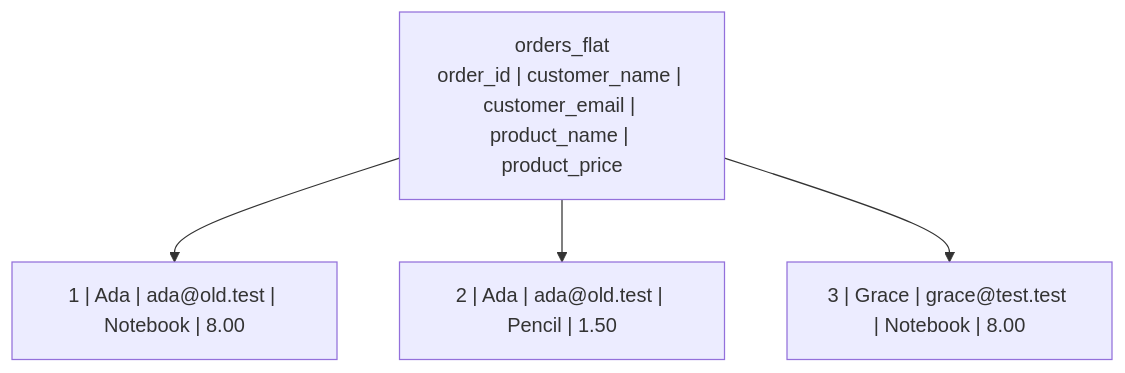
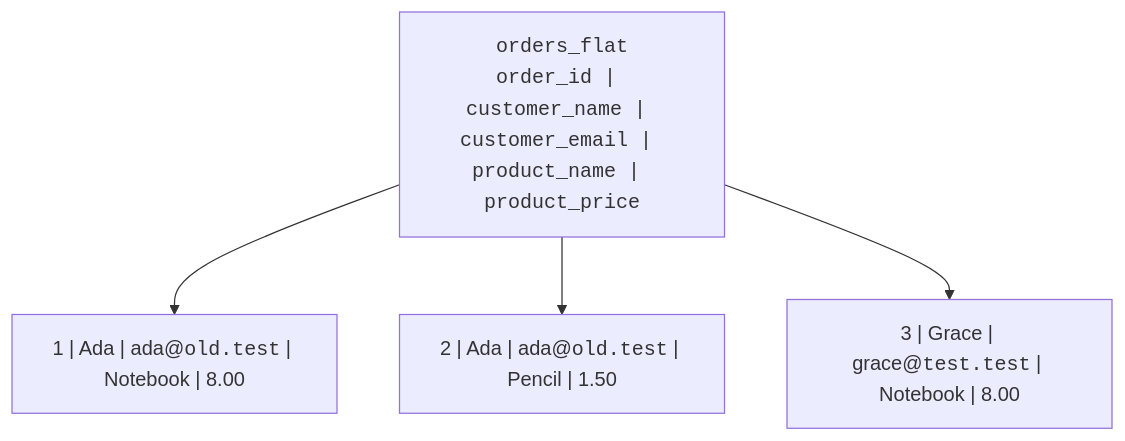
The first of 5 diagrams in content/learn/database-design-postgresql/why-normalization.mdx (dataslope/dataslope), drawn with Mermaid before and after one commit. The commit also changed 218 other files, not shown here.

First line of the commit message:
Render code-only mermaid shapes in monospace; convert step sequences to Steps (#467)

````diff
--- a/content/learn/database-design-postgresql/why-normalization.mdx
+++ b/content/learn/database-design-postgresql/why-normalization.mdx
@@ -18,7 +18,7 @@
 ```mermaid
 flowchart TB
-    T["orders_flat<br/>order_id | customer_name | customer_email | product_name | product_price"]
-    T --> R1["1 | Ada | ada@old.test | Notebook | 8.00"]
-    T --> R2["2 | Ada | ada@old.test | Pencil | 1.50"]
-    T --> R3["3 | Grace | grace@test.test | Notebook | 8.00"]
+    T["<code>orders_flat<br/>order_id | customer_name | customer_email | product_name | product_price</code>"]
+    T --> R1["1 | Ada | ada@<code>old.test</code> | Notebook | 8.00"]
+    T --> R2["2 | Ada | ada@<code>old.test</code> | Pencil | 1.50"]
+    T --> R3["3 | Grace | grace@<code>test.test</code> | Notebook | 8.00"]
 ```
````
